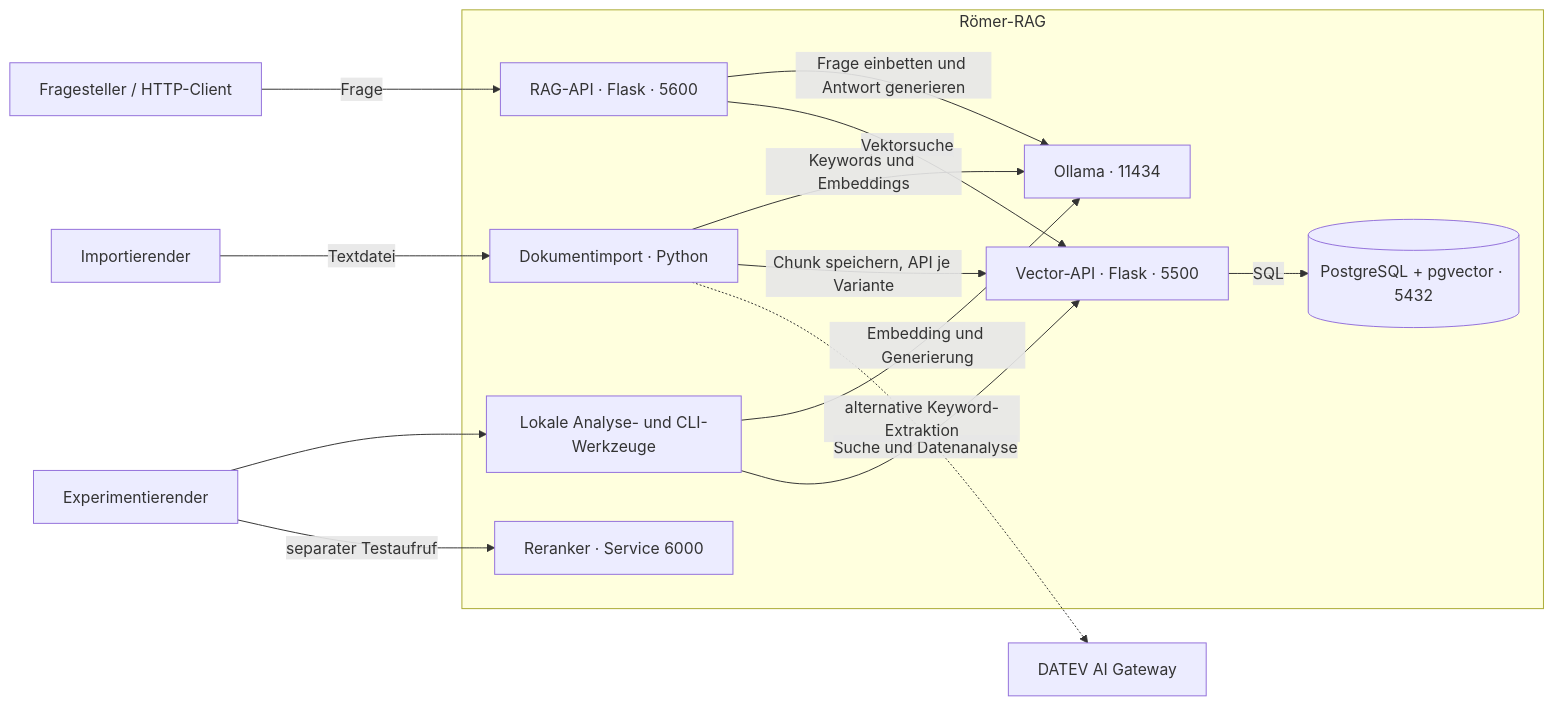
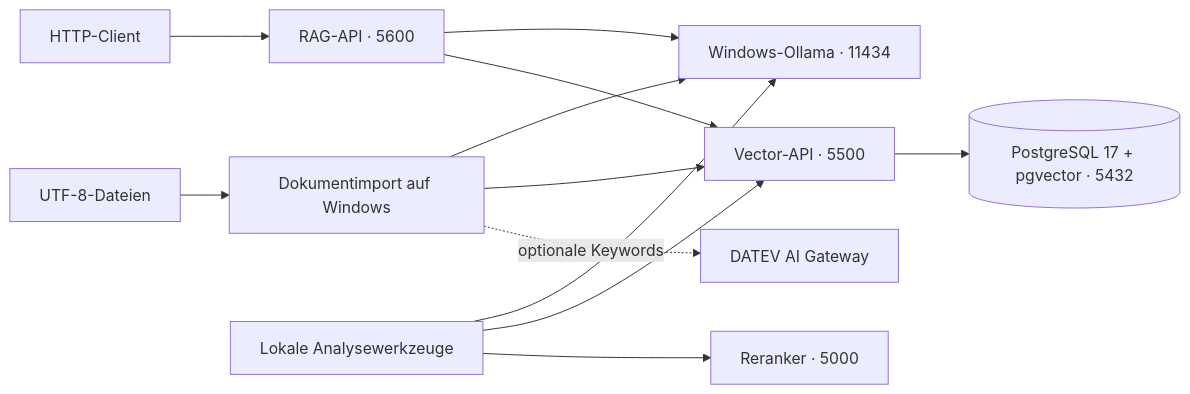
The diagram in docs/5-bausteinsicht.md (WolfgangNiebuhr/roemerrag), drawn with Mermaid before and after one commit. The commit also changed other lines of this file and 13 other files, not shown here.

````diff
--- a/docs/5-bausteinsicht.md
+++ b/docs/5-bausteinsicht.md
@@ -23,24 +21,14 @@
 ```mermaid
 flowchart LR
-    user[Fragesteller / HTTP-Client] -->|Frage| rag
-    admin[Importierender] -->|Textdatei| ingest
-    exp[Experimentierender] --> tools
-    subgraph system["Römer-RAG"]
-        ingest["Dokumentimport · Python"]
-        rag["RAG-API · Flask · 5600"]
-        vector["Vector-API · Flask · 5500"]
-        db[("PostgreSQL + pgvector · 5432")]
-        ollama["Ollama · 11434"]
-        rerank["Reranker · Service 6000"]
-        tools["Lokale Analyse- und CLI-Werkzeuge"]
-        ingest -->|Keywords und Embeddings| ollama
-        ingest -->|Chunk speichern, API je Variante| vector
-        rag -->|Frage einbetten und Antwort generieren| ollama
-        rag -->|Vektorsuche| vector
-        vector -->|SQL| db
-        tools -->|Embedding und Generierung| ollama
-        tools -->|Suche und Datenanalyse| vector
-    end
-    ingest -.->|alternative Keyword-Extraktion| gateway[DATEV AI Gateway]
-    exp -->|separater Testaufruf| rerank
+    client[HTTP-Client] --> rag[RAG-API · 5600]
+    files[UTF-8-Dateien] --> ingest[Dokumentimport auf Windows]
+    ingest --> ollama[Windows-Ollama · 11434]
+    ingest --> vector[Vector-API · 5500]
+    rag --> ollama
+    rag --> vector
+    vector --> db[(PostgreSQL 17 + pgvector · 5432)]
+    tools[Lokale Analysewerkzeuge] --> ollama
+    tools --> vector
+    tools --> rerank[Reranker · 5000]
+    ingest -. optionale Keywords .-> gateway[DATEV AI Gateway]
 ```
````
